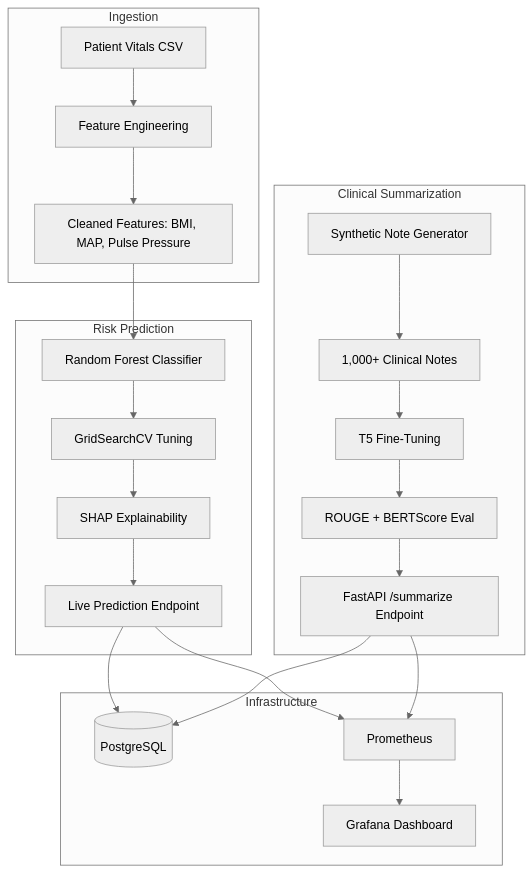
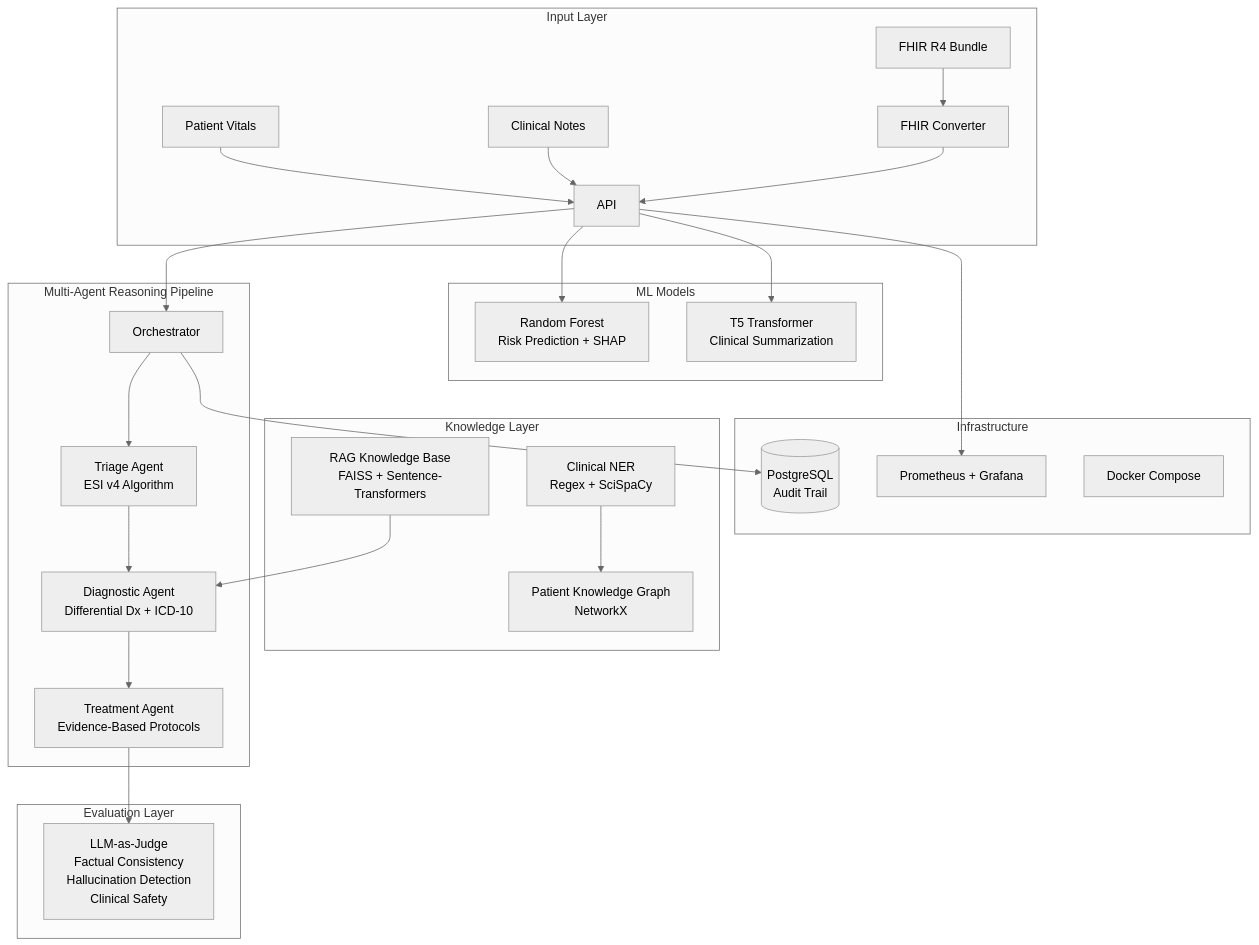
One commit to Nerdboss-stm/hera-healthcare-ai changed the diagram in README.md. Above: the diagram before and after it, drawn with Mermaid (neutral theme). The commit also changed other lines of this file, not shown here.

First line of the commit message:
docs: rewrite README for AI Engineer portfolio — full system architecture

````diff
--- a/README.md
+++ b/README.md
@@ -19,29 +32,41 @@
 ```mermaid
 flowchart TB
-    subgraph Ingestion
-        A[Patient Vitals CSV] --> B[Feature Engineering]
-        B --> C[Cleaned Features: BMI, MAP, Pulse Pressure]
+    subgraph Input Layer
+        A[Patient Vitals] --> API
+        B[Clinical Notes] --> API
+        C[FHIR R4 Bundle] --> FHIR[FHIR Converter]
+        FHIR --> API
     end
 
-    subgraph Risk Prediction
-        C --> D[Random Forest Classifier]
-        D --> E[GridSearchCV Tuning]
-        E --> F[SHAP Explainability]
-        F --> G[Live Prediction Endpoint]
+    subgraph Multi-Agent Reasoning Pipeline
+        API --> Orchestrator
+        Orchestrator --> Triage[Triage Agent<br/>ESI v4 Algorithm]
+        Triage --> Diagnostic[Diagnostic Agent<br/>Differential Dx + ICD-10]
+        Diagnostic --> Treatment[Treatment Agent<br/>Evidence-Based Protocols]
     end
 
-    subgraph Clinical Summarization
-        H[Synthetic Note Generator] --> I[1,000+ Clinical Notes]
-        I --> J[T5 Fine-Tuning]
-        J --> K[ROUGE + BERTScore Eval]
-        K --> L[FastAPI /summarize Endpoint]
+    subgraph Knowledge Layer
+        RAG[RAG Knowledge Base<br/>FAISS + Sentence-Transformers] --> Diagnostic
+        NER[Clinical NER<br/>Regex + SciSpaCy] --> KG[Patient Knowledge Graph<br/>NetworkX]
+    end
+
+    subgraph Evaluation Layer
+        Treatment --> Evaluator[LLM-as-Judge<br/>Factual Consistency<br/>Hallucination Detection<br/>Clinical Safety]
+    end
+
+    subgraph ML Models
+        RF[Random Forest<br/>Risk Prediction + SHAP]
+        T5[T5 Transformer<br/>Clinical Summarization]
     end
 
     subgraph Infrastructure
-        G --> M[(PostgreSQL)]
-        L --> M
-        G --> N[Prometheus]
-        L --> N
-        N --> O[Grafana Dashboard]
+        DB[(PostgreSQL<br/>Audit Trail)]
+        Prom[Prometheus + Grafana]
+        Docker[Docker Compose]
     end
+
+    API --> RF
+    API --> T5
+    Orchestrator --> DB
+    API --> Prom
 ```
````
